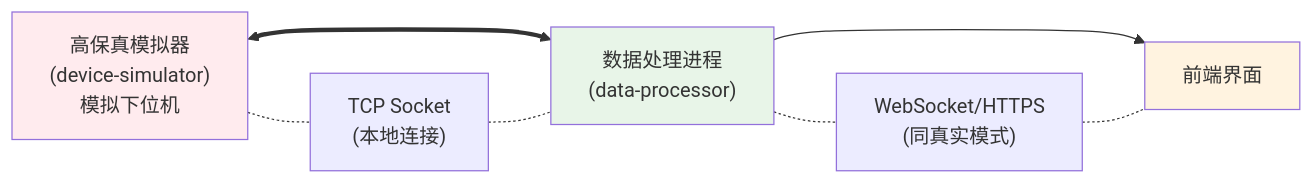
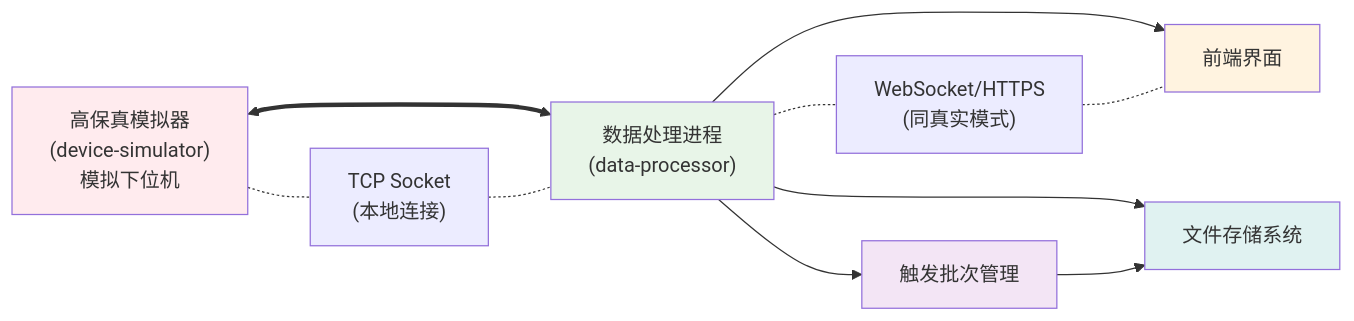
One commit to distri-data-recorder/data-recorder-backend changed the second of 5 diagrams in doc/protocol_doc.md. Above: the diagram before and after it, drawn with Mermaid. The commit also changed other lines of this file and 7 other files, not shown here.

````diff
--- a/doc/protocol_doc.md
+++ b/doc/protocol_doc.md
@@ -33,19 +40,26 @@
 ```mermaid
 graph LR
     A2["高保真模拟器<br/>(device-simulator)<br/>模拟下位机"]
     B2["数据处理进程<br/>(data-processor)"] 
     C2["前端界面"]
+    D2["触发批次管理"]
+    E2["文件存储系统"]
 
     A2 <==> B2
     B2 --> C2
+    B2 --> D2
+    B2 --> E2
+    D2 --> E2
 
-    A2 -.- D2["TCP Socket<br/>(本地连接)"]
-    D2 -.- B2
+    A2 -.- F2["TCP Socket<br/>(本地连接)"]
+    F2 -.- B2
     
-    B2 -.- E2["WebSocket/HTTPS<br/>(同真实模式)"] 
-    E2 -.- C2
+    B2 -.- G2["WebSocket/HTTPS<br/>(同真实模式)"] 
+    G2 -.- C2
 
     style A2 fill:#ffebee
     style B2 fill:#e8f5e8  
     style C2 fill:#fff3e0
+    style D2 fill:#f3e5f5
+    style E2 fill:#e0f2f1
 ```
````
